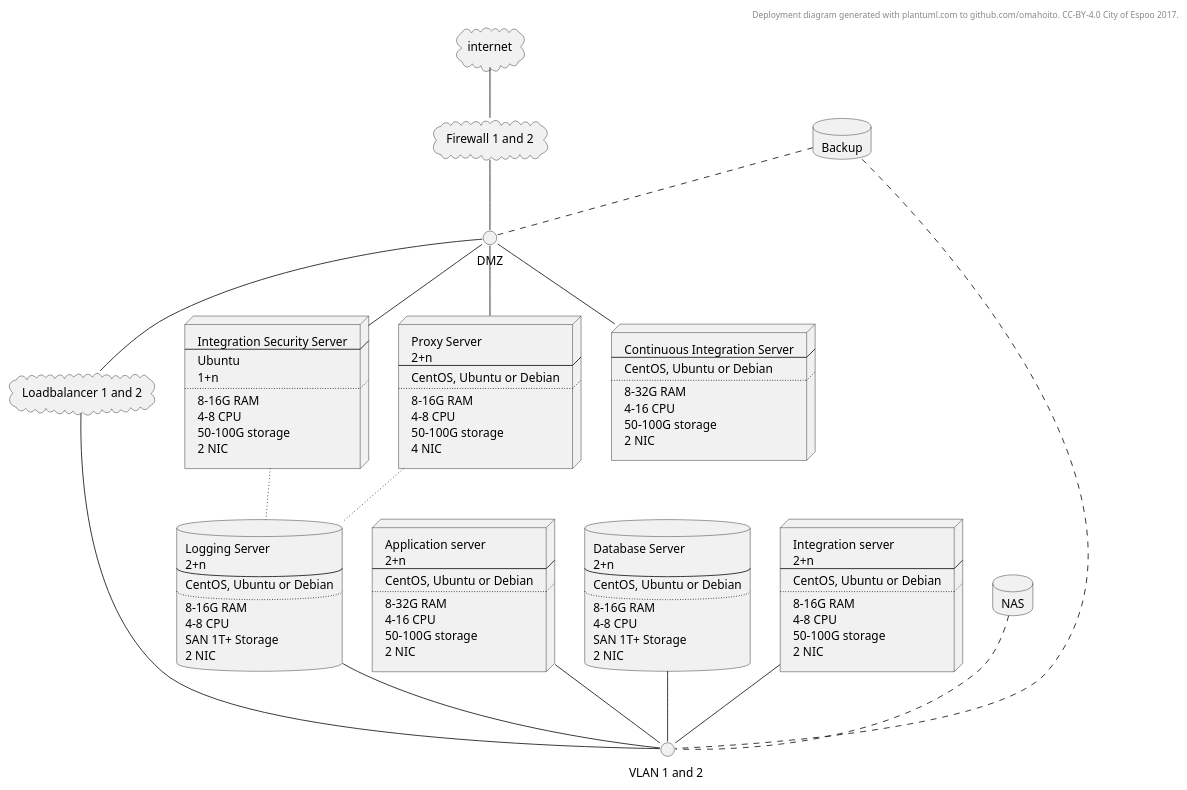
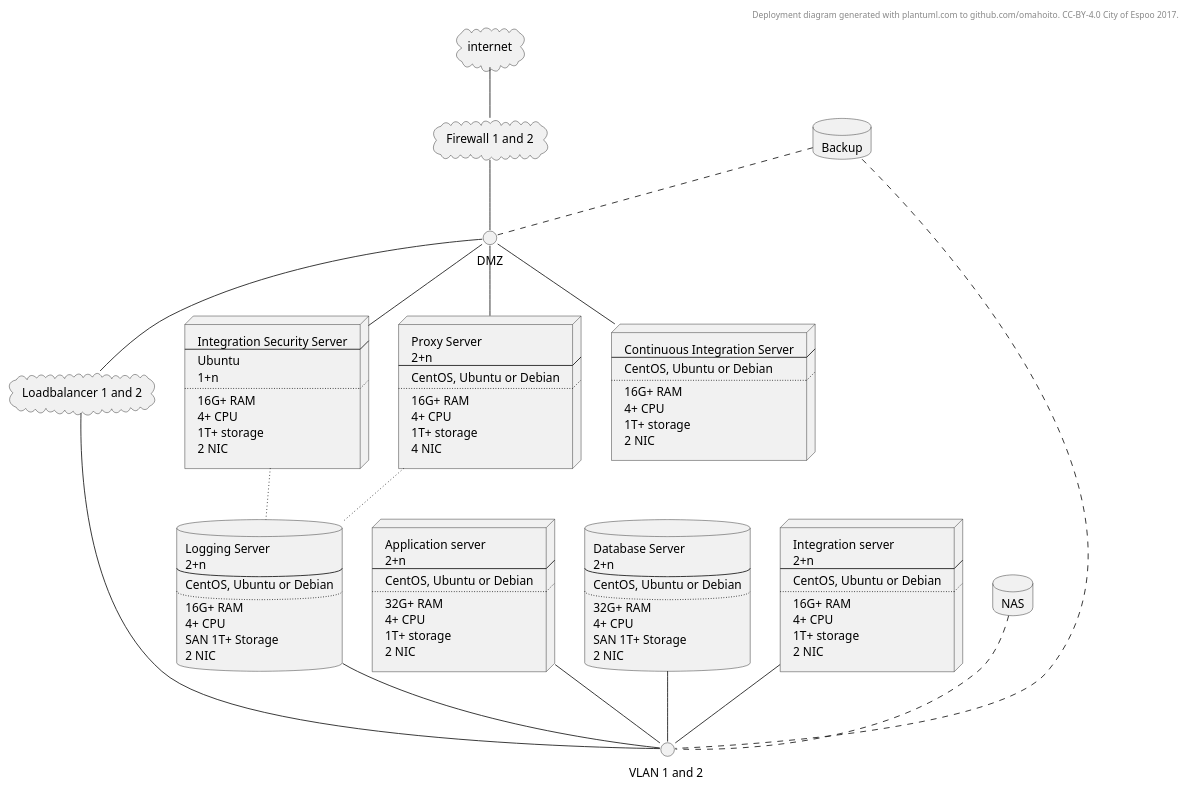
One commit to ruoat/definitions changed the diagram in deployment.MD. Above: the diagram before and after it, drawn with PlantUML.

```diff
--- a/deployment.MD
+++ b/deployment.MD
@@ -20,9 +20,9 @@
 ----
 CentOS, Ubuntu or Debian
 ....
-8-32G RAM
-4-16 CPU
-50-100G storage
+32G+ RAM
+4+ CPU
+1T+ storage
 2 NIC
 ]
 database database1 [
@@ -31,8 +31,8 @@
 ----
 CentOS, Ubuntu or Debian
 ....
-8-16G RAM
-4-8 CPU
+32G+ RAM
+4+ CPU
 SAN 1T+ Storage
 2 NIC
 ]
@@ -42,8 +42,8 @@
 ----
 CentOS, Ubuntu or Debian
 ....
-8-16G RAM
-4-8 CPU
+16G+ RAM
+4+ CPU
 SAN 1T+ Storage
 2 NIC
 ]
@@ -53,9 +53,9 @@
 Ubuntu
 1+n
 ....
-8-16G RAM
-4-8 CPU
-50-100G storage
+16G+ RAM
+4+ CPU
+1T+ storage
 2 NIC
 ]
 node nodeintegration2 [
@@ -64,9 +64,9 @@
 ----
 CentOS, Ubuntu or Debian
 ....
-8-16G RAM
-4-8 CPU
-50-100G storage
+16G+ RAM
+4+ CPU
+1T+ storage
 2 NIC
 ]
 node nodeproxy [
@@ -75,9 +75,9 @@
 ----
 CentOS, Ubuntu or Debian
 ....
-8-16G RAM
-4-8 CPU
-50-100G storage
+16G+ RAM
+4+ CPU
+1T+ storage
 4 NIC
 ]
 node nodeci [
@@ -85,9 +85,9 @@
 ----
 CentOS, Ubuntu or Debian
 ....
-8-32G RAM
-4-16 CPU
-50-100G storage
+16G+ RAM
+4+ CPU
+1T+ storage
 2 NIC
 ]
 database NAS
```
